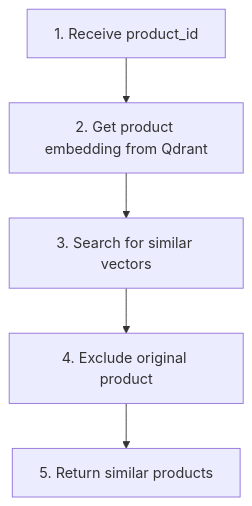
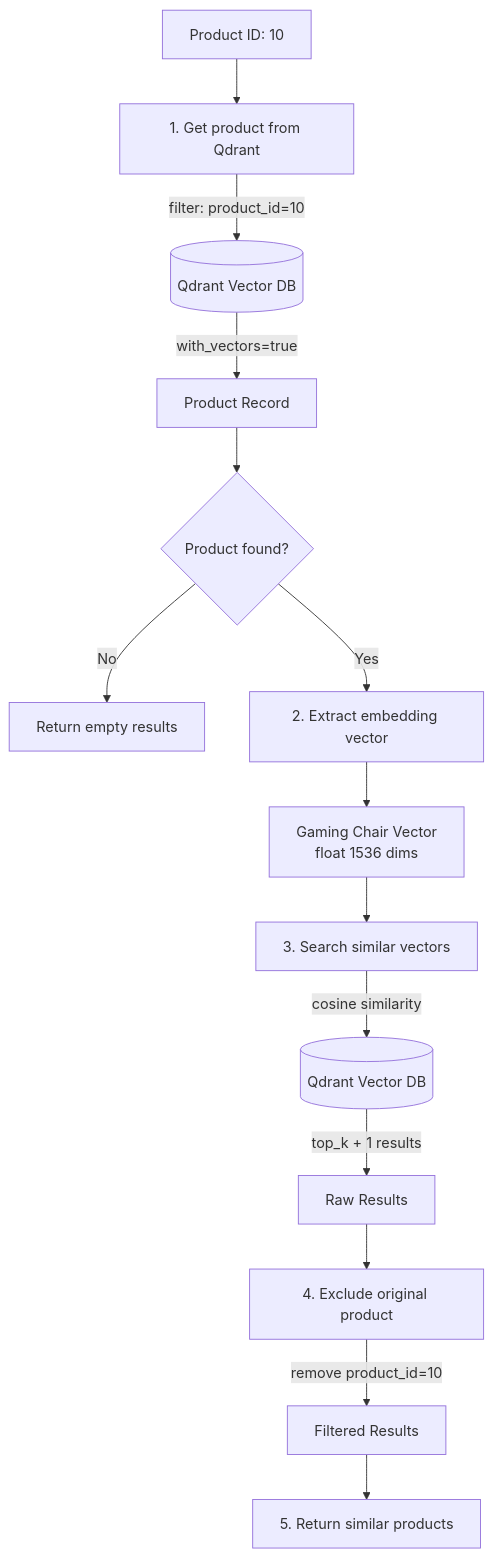
The first of 4 diagrams in docs/multi-agent-systems/modules/tools/knowledge_retrieval/vectordb/similar.md (mhokchuekchuek/mtl_agent), drawn with Mermaid before and after one commit. The commit also changed other lines of this file and 2 other files, not shown here.

First line of the commit message:
docs(tools): add detailed flow diagrams for VectorDB and Visualization tools

````diff
--- a/docs/multi-agent-systems/modules/tools/knowledge_retrieval/vectordb/similar.md
+++ b/docs/multi-agent-systems/modules/tools/knowledge_retrieval/vectordb/similar.md
@@ -33,7 +22,23 @@
 ```mermaid
 flowchart TD
-    A[1. Receive product_id] --> B[2. Get product embedding from Qdrant]
-    B --> C[3. Search for similar vectors]
-    C --> D[4. Exclude original product]
-    D --> E[5. Return similar products]
+    START[Product ID: 10] --> GET[1. Get product from Qdrant]
+    
+    GET --> |filter: product_id=10| QDRANT[(Qdrant Vector DB)]
+    QDRANT --> |with_vectors=true| RECORD[Product Record]
+    
+    RECORD --> CHECK{Product found?}
+    CHECK -->|No| EMPTY[Return empty results]
+    
+    CHECK -->|Yes| EXTRACT[2. Extract embedding vector]
+    EXTRACT --> VECTOR[Gaming Chair Vector<br/>float 1536 dims]
+    
+    VECTOR --> SEARCH[3. Search similar vectors]
+    SEARCH --> |cosine similarity| QDRANT2[(Qdrant Vector DB)]
+    
+    QDRANT2 --> |top_k + 1 results| RAW[Raw Results]
+    
+    RAW --> FILTER[4. Exclude original product]
+    FILTER --> |remove product_id=10| FILTERED[Filtered Results]
+    
+    FILTERED --> RESULTS[5. Return similar products]
 ```
````
